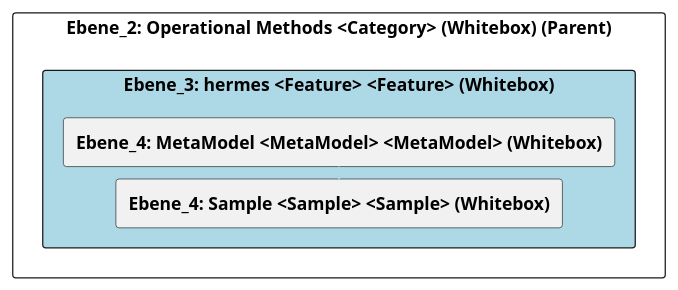
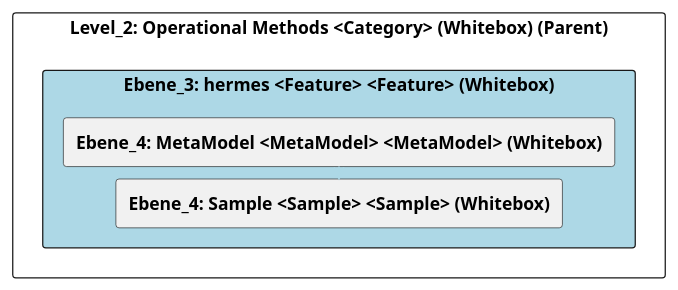
One commit to marcozwyssig/cleon changed the diagram in doc/cleonproject_deliverables_architecture_model_architecture/adoc/de/05_bausteinsicht/cleon/operational_methods/hermes/ebene_3_hermes.adoc. Above: the diagram before and after it, drawn with PlantUML. The commit also changed other lines of this file and 169 other files, not shown here.

```diff
--- a/doc/cleonproject_deliverables_architecture_model_architecture/adoc/de/05_bausteinsicht/cleon/operational_methods/hermes/ebene_3_hermes.adoc
+++ b/doc/cleonproject_deliverables_architecture_model_architecture/adoc/de/05_bausteinsicht/cleon/operational_methods/hermes/ebene_3_hermes.adoc
@@ -20,28 +20,28 @@
 [plantuml, Ebene_3: hermes <Feature> <Feature> (Whitebox)BlockOverview, format="svg"]
 ----
 @startuml Ebene_3: hermes <Feature> <Feature> (Whitebox)BuildingBlockOverview
 
 skinparam ranksep 10
 skinparam componentStyle rectangle
 skinparam shadowing false
 skinparam arrowColor lightblue
 skinparam arrowThickness 1.2
 skinparam rectangle {
   BackgroundColor White
   BorderColor #333
   RoundCorner 10
 }
 top to bottom direction
 
-component "Ebene_2: Operational Methods <Category> (Whitebox) (Parent)" {
+component "Level_2: Operational Methods <Category> (Whitebox) (Parent)" {
     component "Ebene_3: hermes <Feature> <Feature> (Whitebox)" #lightblue {
         [**Ebene_4: MetaModel <MetaModel> <MetaModel> (Whitebox)**] as 3BDFB317_D421_11EF_BDEF_4D33DBCE89CB
         [**Ebene_4: Sample <Sample> <Sample> (Whitebox)**] as 3BDFB318_D421_11EF_BDEF_4D33DBCE89CB
     }
 
     3BDFB317_D421_11EF_BDEF_4D33DBCE89CB -down-> 3BDFB318_D421_11EF_BDEF_4D33DBCE89CB
     
 }
 
 @enduml
 ----
```
